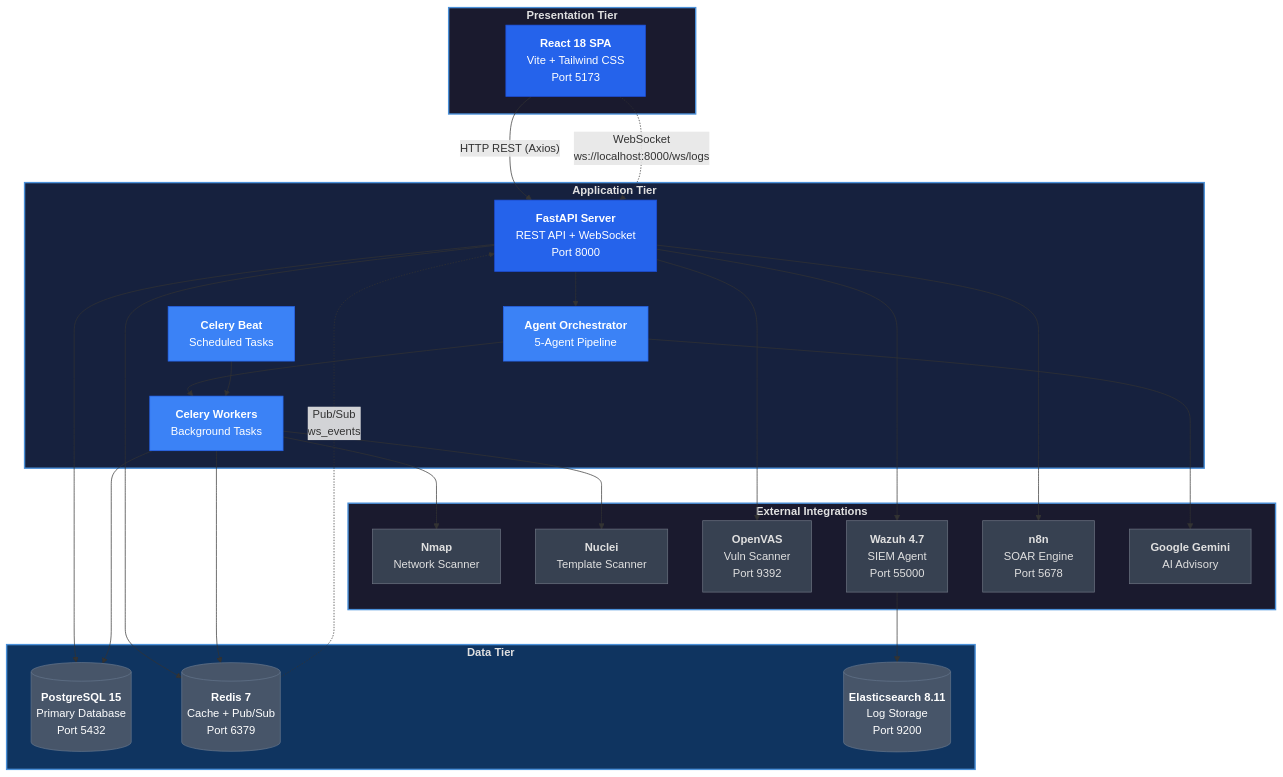
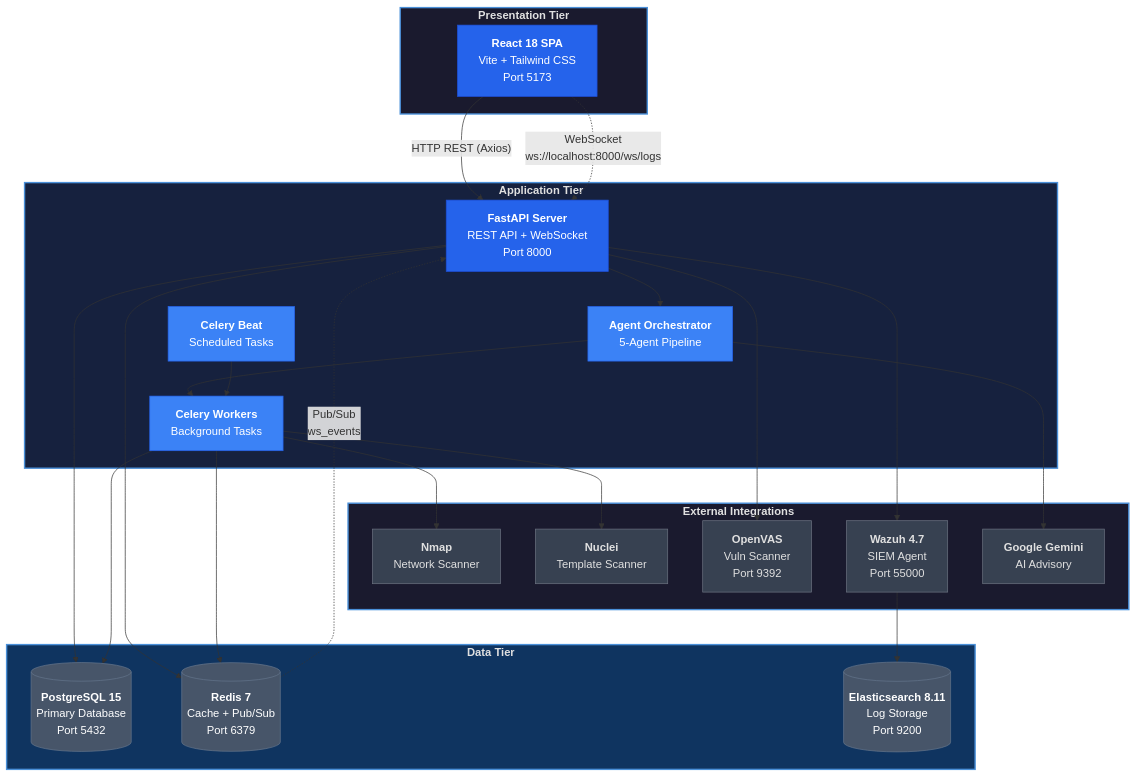
One commit to MazenAlaa305/ORCHESTRATION-SECURITY-CENTER changed the first of 17 diagrams in FYP_Figures.md. Above: the diagram before and after it, drawn with Mermaid. The commit also changed other lines of this file and 4 other files, not shown here.

````diff
--- a/FYP_Figures.md
+++ b/FYP_Figures.md
@@ -14,65 +14,62 @@
 ```mermaid
 graph TB
     subgraph PresentationTier["<b>Presentation Tier</b>"]
         FE["<b>React 18 SPA</b><br/>Vite + Tailwind CSS<br/>Port 5173"]
     end
 
     subgraph ApplicationTier["<b>Application Tier</b>"]
         API["<b>FastAPI Server</b><br/>REST API + WebSocket<br/>Port 8000"]
         ORCH["<b>Agent Orchestrator</b><br/>5-Agent Pipeline"]
         CELERY["<b>Celery Workers</b><br/>Background Tasks"]
         BEAT["<b>Celery Beat</b><br/>Scheduled Tasks"]
     end
 
     subgraph DataTier["<b>Data Tier</b>"]
         PG[("<b>PostgreSQL 15</b><br/>Primary Database<br/>Port 5432")]
         REDIS[("<b>Redis 7</b><br/>Cache + Pub/Sub<br/>Port 6379")]
         ES[("<b>Elasticsearch 8.11</b><br/>Log Storage<br/>Port 9200")]
     end
 
     subgraph ExternalIntegrations["<b>External Integrations</b>"]
         NMAP["<b>Nmap</b><br/>Network Scanner"]
         NUCLEI["<b>Nuclei</b><br/>Template Scanner"]
         OPENVAS["<b>OpenVAS</b><br/>Vuln Scanner<br/>Port 9392"]
         WAZUH["<b>Wazuh 4.7</b><br/>SIEM Agent<br/>Port 55000"]
-        N8N["<b>n8n</b><br/>SOAR Engine<br/>Port 5678"]
         GEMINI["<b>Google Gemini</b><br/>AI Advisory"]
     end
 
     FE -- "HTTP REST (Axios)" --> API
     FE -. "WebSocket<br/>ws://localhost:8000/ws/logs" .-> API
     API --> ORCH
     ORCH --> CELERY
     BEAT --> CELERY
     API --> PG
     API --> REDIS
     CELERY --> PG
     CELERY --> REDIS
     CELERY --> NMAP
     CELERY --> NUCLEI
     API --> OPENVAS
     API --> WAZUH
-    API --> N8N
     ORCH --> GEMINI
     WAZUH --> ES
     REDIS -. "Pub/Sub<br/>ws_events" .-> API
 
     style PresentationTier fill:#1a1a2e,stroke:#4a90d9,stroke-width:2px,color:#e0e0e0
     style ApplicationTier fill:#16213e,stroke:#4a90d9,stroke-width:2px,color:#e0e0e0
     style DataTier fill:#0f3460,stroke:#4a90d9,stroke-width:2px,color:#e0e0e0
     style ExternalIntegrations fill:#1a1a2e,stroke:#4a90d9,stroke-width:2px,color:#e0e0e0
     style FE fill:#2563eb,stroke:#1d4ed8,color:#fff
     style API fill:#2563eb,stroke:#1d4ed8,color:#fff
     style ORCH fill:#3b82f6,stroke:#2563eb,color:#fff
     style CELERY fill:#3b82f6,stroke:#2563eb,color:#fff
     style BEAT fill:#3b82f6,stroke:#2563eb,color:#fff
     style PG fill:#475569,stroke:#64748b,color:#fff
     style REDIS fill:#475569,stroke:#64748b,color:#fff
     style ES fill:#475569,stroke:#64748b,color:#fff
     style NMAP fill:#374151,stroke:#6b7280,color:#e0e0e0
     style NUCLEI fill:#374151,stroke:#6b7280,color:#e0e0e0
     style OPENVAS fill:#374151,stroke:#6b7280,color:#e0e0e0
     style WAZUH fill:#374151,stroke:#6b7280,color:#e0e0e0
-    style N8N fill:#374151,stroke:#6b7280,color:#e0e0e0
     style GEMINI fill:#374151,stroke:#6b7280,color:#e0e0e0
 ```
````
